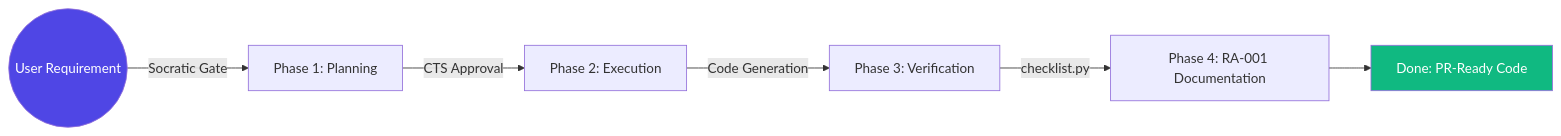
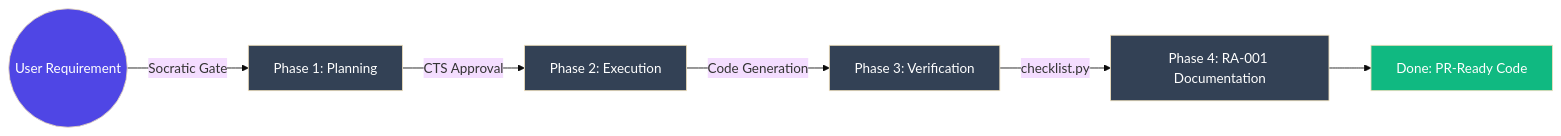
One commit to Ab-aswini/Agent-kit-P1 changed the third of 10 diagrams in README.md. Above: the diagram before and after it, drawn with Mermaid. The commit also changed other lines of this file, not shown here.

Commit message:
docs: premium README polishing with 10/10 aesthetics, high-impact alerts, and unified Mermaid themes

````diff
--- a/README.md
+++ b/README.md
@@ -119,11 +148,16 @@
 ```mermaid
+%%{init: {'theme': 'base', 'themeVariables': { 'mainBkg': '#0f172a' }}}%%
 flowchart LR
     REQ((User Requirement)) -->|Socratic Gate| PLAN[Phase 1: Planning]
     PLAN -->|CTS Approval| EXEC[Phase 2: Execution]
     EXEC -->|Code Generation| VER[Phase 3: Verification]
     VER -->|checklist.py| RA[Phase 4: RA-001 Documentation]
     RA --> OUT[Done: PR-Ready Code]
 
     style REQ fill:#4F46E5,color:#fff
     style OUT fill:#10B981,color:#fff
+    style PLAN fill:#334155,color:#fff
+    style EXEC fill:#334155,color:#fff
+    style VER fill:#334155,color:#fff
+    style RA fill:#334155,color:#fff
 ```
````
